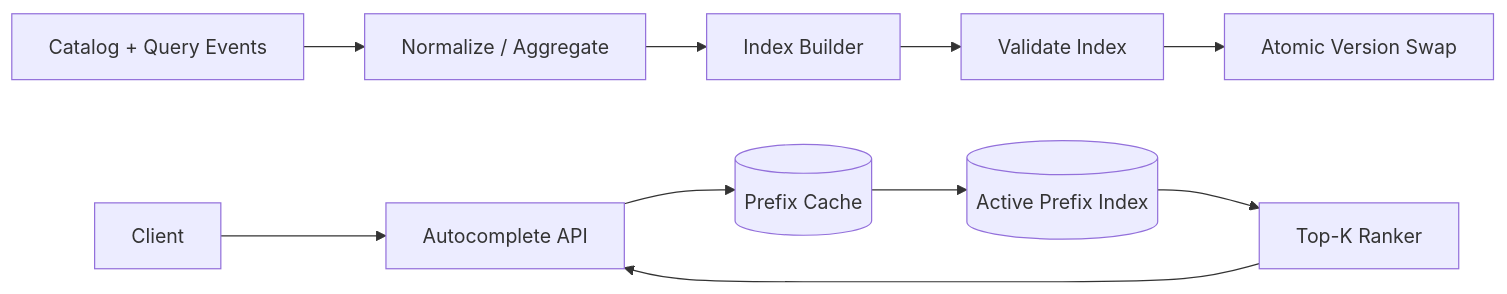
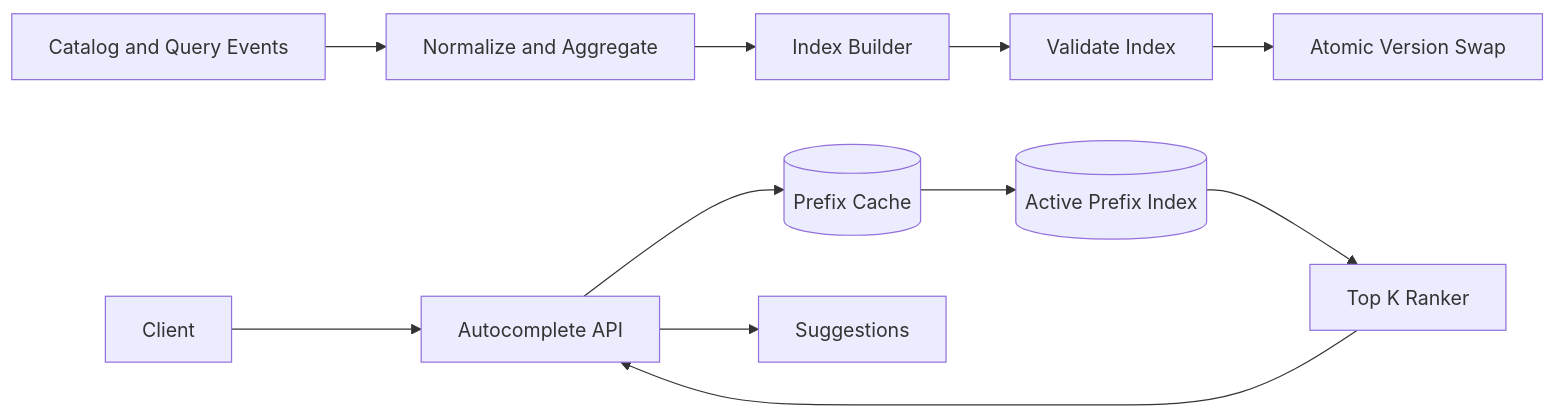
The first of 2 diagrams in system_designs/search-autocomplete/architecture.md (luckyhegde6/HLD_patterns), drawn with Mermaid before and after one commit. The commit also changed other lines of this file, not shown here.

````diff
--- a/system_designs/search-autocomplete/architecture.md
+++ b/system_designs/search-autocomplete/architecture.md
@@ -5,12 +5,13 @@
 ```mermaid
 flowchart LR
- E[Catalog + Query Events] --> N[Normalize / Aggregate]
+ E[Catalog and Query Events] --> N[Normalize and Aggregate]
  N --> B[Index Builder]
  B --> V[Validate Index]
  V --> SW[Atomic Version Swap]
  C[Client] --> API[Autocomplete API]
  API --> K[(Prefix Cache)]
  K --> IDX[(Active Prefix Index)]
- IDX --> R[Top-K Ranker]
+ IDX --> R[Top K Ranker]
  R --> API
+ API --> OUT[Suggestions]
 ```
````
